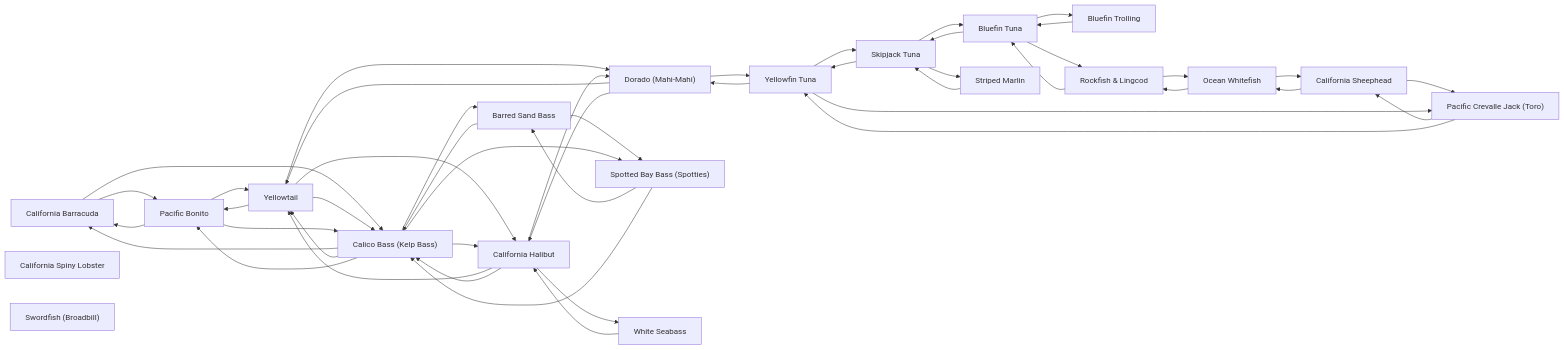
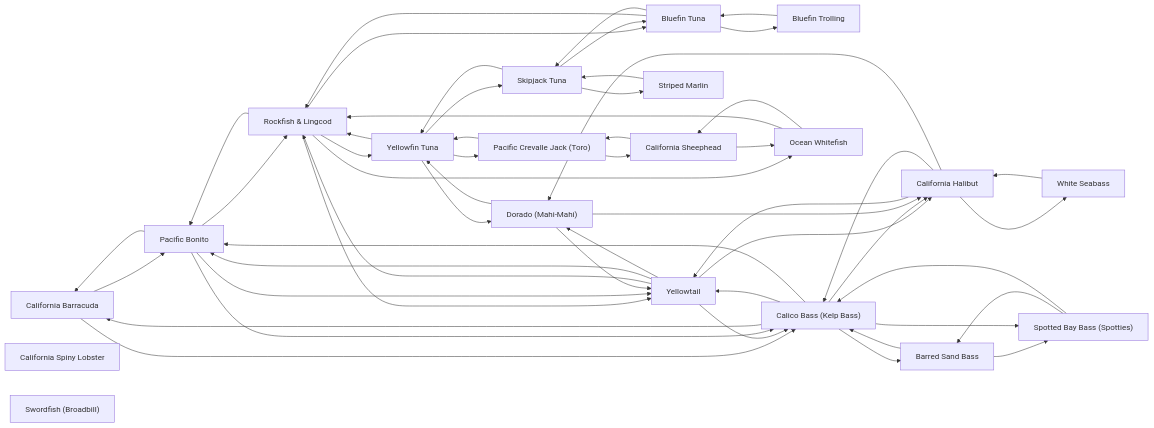
Before and after one commit to camchuckpete-max/Socal-Fishing-Knowledge: the diagram in species/README.md, drawn with Mermaid. The commit also changed 10 other files, not shown here.

````diff
--- a/species/README.md
+++ b/species/README.md
@@ -33,69 +33,75 @@
 ```mermaid
 graph LR
   n0["California Barracuda"]
   n1["Bluefin Trolling"]
   n2["Bluefin Tuna"]
   n3["Pacific Bonito"]
   n4["Calico Bass (Kelp Bass)"]
   n5["California Halibut"]
   n6["California Spiny Lobster"]
   n7["Dorado (Mahi-Mahi)"]
   n8["Ocean Whitefish"]
   n9["Pacific Crevalle Jack (Toro)"]
   n10["Rockfish & Lingcod"]
   n11["Barred Sand Bass"]
   n12["California Sheephead"]
   n13["Skipjack Tuna"]
   n14["Spotted Bay Bass (Spotties)"]
   n15["Striped Marlin"]
   n16["Swordfish (Broadbill)"]
   n17["White Seabass"]
   n18["Yellowfin Tuna"]
   n19["Yellowtail"]
   n0 --> n3
   n0 --> n4
   n1 --> n2
+  n10 --> n18
+  n10 --> n19
   n10 --> n2
+  n10 --> n3
   n10 --> n8
   n11 --> n14
   n11 --> n4
   n12 --> n8
   n12 --> n9
   n13 --> n15
   n13 --> n18
   n13 --> n2
   n14 --> n11
   n14 --> n4
   n15 --> n13
   n17 --> n5
+  n18 --> n10
   n18 --> n13
   n18 --> n7
   n18 --> n9
+  n19 --> n10
   n19 --> n3
   n19 --> n4
   n19 --> n5
   n19 --> n7
   n2 --> n1
   n2 --> n10
   n2 --> n13
   n3 --> n0
+  n3 --> n10
   n3 --> n19
   n3 --> n4
   n4 --> n0
   n4 --> n11
   n4 --> n14
   n4 --> n19
   n4 --> n3
   n4 --> n5
   n5 --> n17
   n5 --> n19
   n5 --> n4
   n5 --> n7
   n7 --> n18
   n7 --> n19
   n7 --> n5
   n8 --> n10
   n8 --> n12
   n9 --> n12
   n9 --> n18
 ```
````
